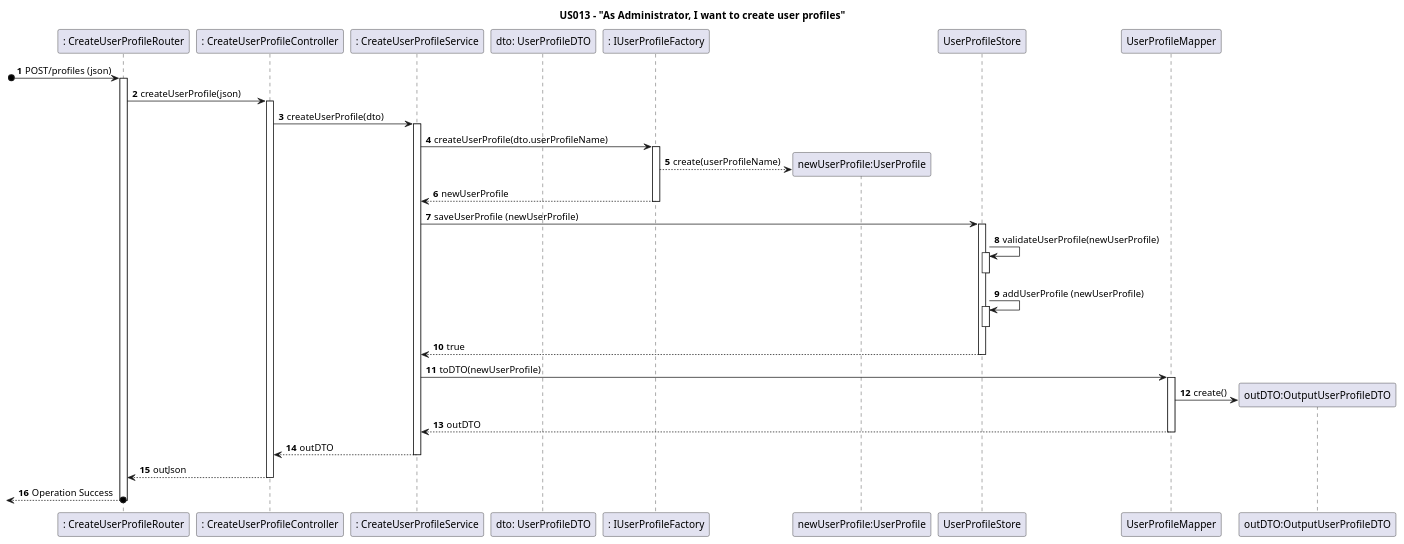
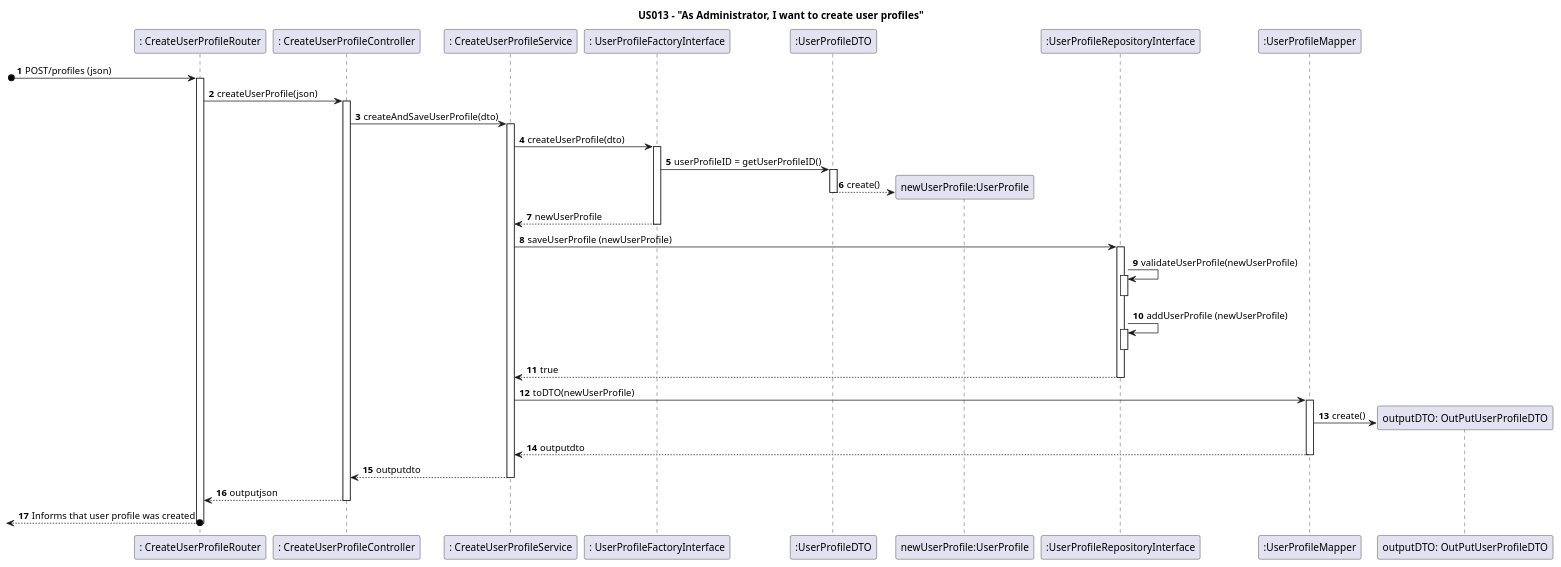
The diagram in docs/Sprint1/US013/US13-SD-DDD.puml (nunogon1211787/projectManagement), drawn with PlantUML before and after one commit. The commit also changed 8 other files, not shown here.

Commit message:
US013 - Sequence diagram modification  (close #162)

```diff
--- a/docs/Sprint1/US013/US13-SD-DDD.puml
+++ b/docs/Sprint1/US013/US13-SD-DDD.puml
@@ -1,39 +1,45 @@
 @startuml
 'https://plantuml.com/sequence-diagram
 
 autoactivate on
 autonumber
 
 title US013 - "As Administrator, I want to create user profiles"
 participant ": CreateUserProfileRouter" as System
 participant ": CreateUserProfileController" as Ctrl
 participant ": CreateUserProfileService" as C1
-participant "dto: UserProfileDTO" as C2
-participant ": IUserProfileFactory" as C3
+participant ": UserProfileFactoryInterface" as C3
+participant ":UserProfileDTO" as C2
 participant "newUserProfile:UserProfile" as C4
-participant "UserProfileStore" as C5
-participant "UserProfileMapper" as C6
-participant "outDTO:OutputUserProfileDTO" as C7
+participant ":UserProfileRepositoryInterface" as C5
+participant ":UserProfileMapper" as C6
+participant "outputDTO: OutPutUserProfileDTO" as C2.1
+
 
 [o-> System: POST/profiles (json)
 System -> Ctrl: createUserProfile(json)
-Ctrl -> C1: createUserProfile(dto)
-C1 -> C3: createUserProfile(dto.userProfileName)
-C3 --> C4 **: create(userProfileName)
+Ctrl -> C1: createAndSaveUserProfile(dto)
+C1 -> C3: createUserProfile(dto)
+C3 -> C2 : userProfileID = getUserProfileID()
+C2 --> C4 **: create()
+deactivate
 return newUserProfile
 C1 -> C5 : saveUserProfile (newUserProfile)
 C5 -> C5 : validateUserProfile(newUserProfile)
 deactivate
 C5 -> C5: addUserProfile (newUserProfile)
 deactivate
 return true
 C1 -> C6: toDTO(newUserProfile)
-C6 -> C7 **: create()
-return outDTO
-return outDTO
-return outJson
-return Operation Success
+C6 -> C2.1 **: create()
+
+return outputdto
+return outputdto
+return outputjson
+return Informs that user profile was created
+
+
 
 
 
 @enduml
```
